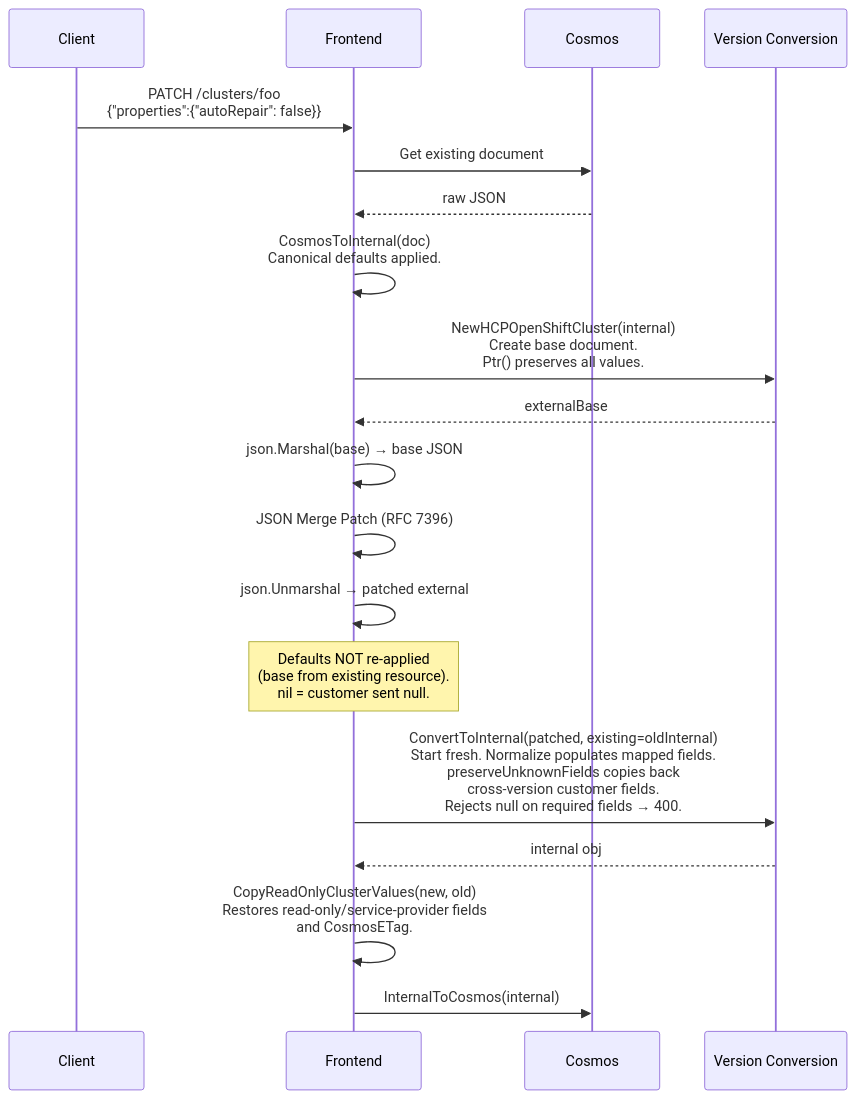
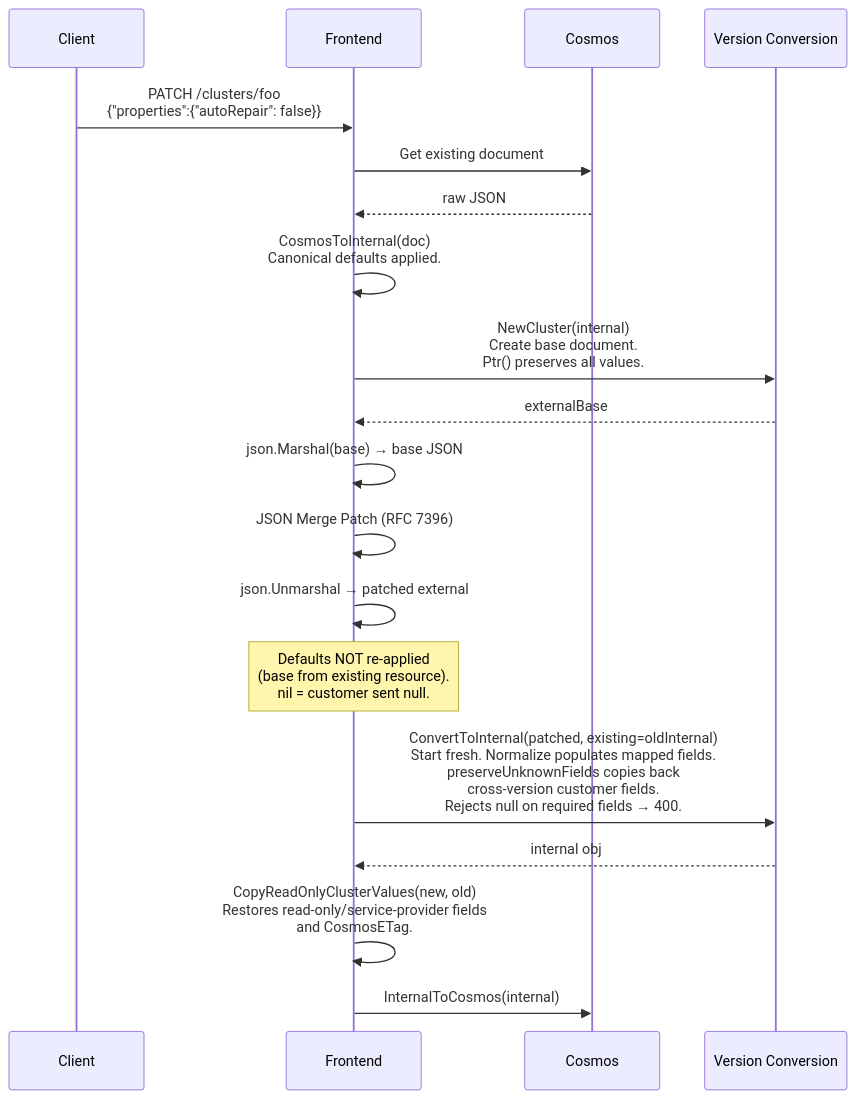
One commit to Azure/ARO-HCP changed the fourth of 8 diagrams in docs/api-version-defaults-and-storage.md. Above: the diagram before and after it, drawn with Mermaid. The commit also changed other lines of this file and 72 other files, not shown here.

````diff
--- a/docs/api-version-defaults-and-storage.md
+++ b/docs/api-version-defaults-and-storage.md
@@ -119,22 +119,22 @@
 ```mermaid
 sequenceDiagram
     participant Client
     participant FE as Frontend
     participant Cosmos
     participant Conv as Version Conversion
 
     Client->>FE: PATCH /clusters/foo<br/>{"properties":{"autoRepair": false}}
     FE->>Cosmos: Get existing document
     Cosmos-->>FE: raw JSON
     FE->>FE: CosmosToInternal(doc)<br/>Canonical defaults applied.
-    FE->>Conv: NewHCPOpenShiftCluster(internal)<br/>Create base document.<br/>Ptr() preserves all values.
+    FE->>Conv: NewCluster(internal)<br/>Create base document.<br/>Ptr() preserves all values.
     Conv-->>FE: externalBase
     FE->>FE: json.Marshal(base) → base JSON
     FE->>FE: JSON Merge Patch (RFC 7396)
     FE->>FE: json.Unmarshal → patched external
     Note over FE: Defaults NOT re-applied<br/>(base from existing resource).<br/>nil = customer sent null.
     FE->>Conv: ConvertToInternal(patched, existing=oldInternal)<br/>Start fresh. Normalize populates mapped fields.<br/>preserveUnknownFields copies back<br/>cross-version customer fields.<br/>Rejects null on required fields → 400.
     Conv-->>FE: internal obj
     FE->>FE: CopyReadOnlyClusterValues(new, old)<br/>Restores read-only/service-provider fields<br/>and CosmosETag.
     FE->>Cosmos: InternalToCosmos(internal)
 ```
````
